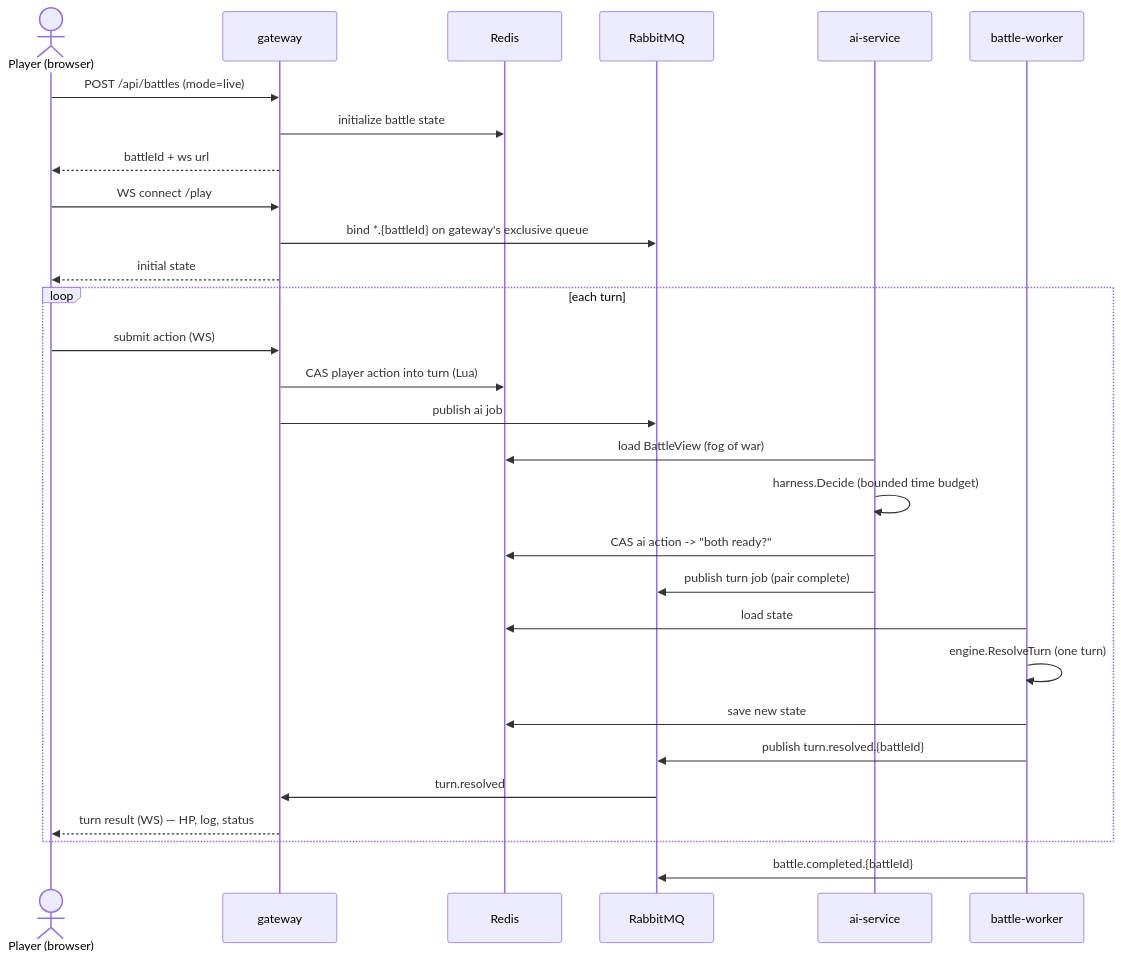
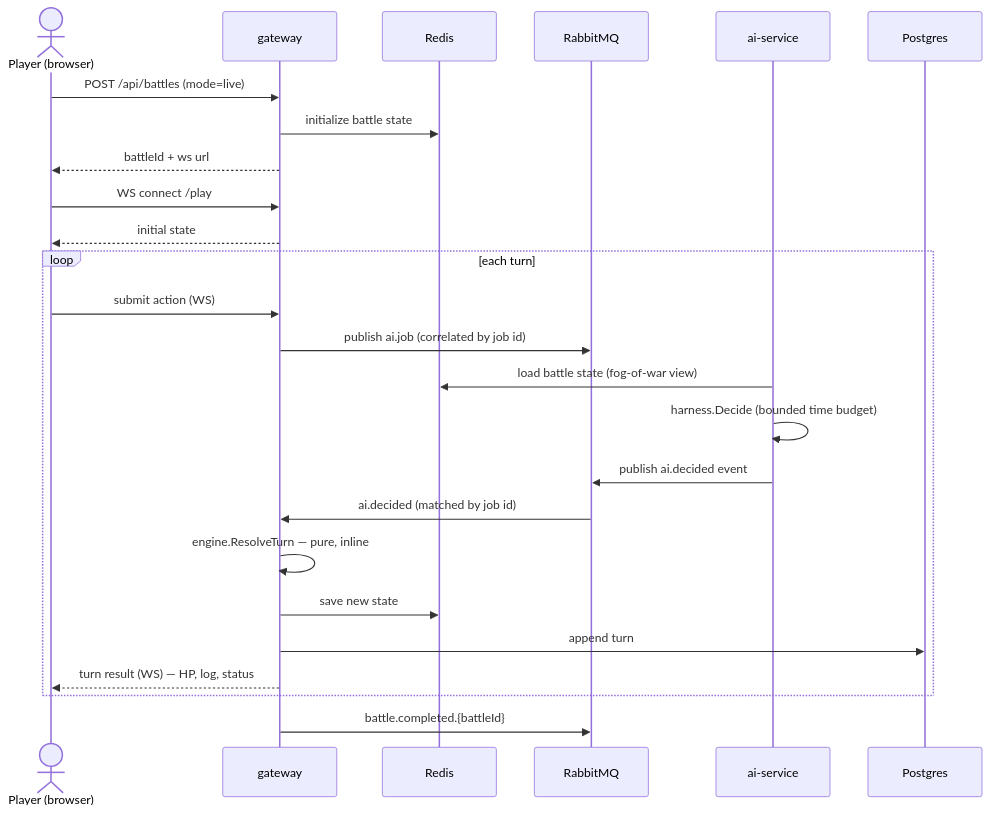
One commit to shaumik/PokeArena changed the third of 5 diagrams in README.md. Above: the diagram before and after it, drawn with Mermaid. The commit also changed other lines of this file and 4 other files, not shown here.

````diff
--- a/README.md
+++ b/README.md
@@ -148,32 +148,27 @@
 ```mermaid
 sequenceDiagram
     actor U as Player (browser)
     participant G as gateway
     participant R as Redis
     participant Q as RabbitMQ
     participant AI as ai-service
-    participant W as battle-worker
 
     U->>G: POST /api/battles (mode=live)
     G->>R: initialize battle state
     G-->>U: battleId + ws url
     U->>G: WS connect /play
-    G->>Q: bind  *.{battleId}  on gateway's exclusive queue
     G-->>U: initial state
     loop each turn
         U->>G: submit action (WS)
-        G->>R: CAS player action into turn (Lua)
-        G->>Q: publish ai job
-        AI->>R: load BattleView (fog of war)
+        G->>Q: publish ai.job (correlated by job id)
+        AI->>R: load battle state (fog-of-war view)
         AI->>AI: harness.Decide (bounded time budget)
-        AI->>R: CAS ai action -> "both ready?"
-        AI->>Q: publish turn job (pair complete)
-        W->>R: load state
-        W->>W: engine.ResolveTurn (one turn)
-        W->>R: save new state
-        W->>Q: publish turn.resolved.{battleId}
-        Q->>G: turn.resolved
+        AI->>Q: publish ai.decided event
+        Q->>G: ai.decided (matched by job id)
+        G->>G: engine.ResolveTurn — pure, inline
+        G->>R: save new state
+        G->>Postgres: append turn
         G-->>U: turn result (WS) — HP, log, status
     end
-    W->>Q: battle.completed.{battleId}
+    G->>Q: battle.completed.{battleId}
 ```
````
